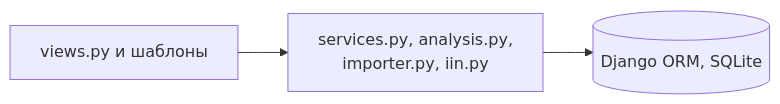
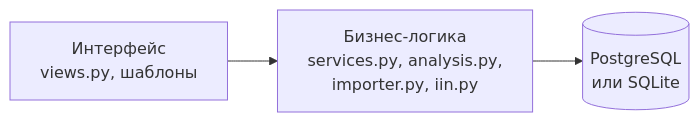
One commit to murwqq/adal changed the diagram in README.md. Above: the diagram before and after it, drawn with Mermaid. The commit also changed other lines of this file and 16 other files, not shown here.

````diff
--- a/README.md
+++ b/README.md
@@ -136,5 +176,5 @@
 ```mermaid
 flowchart LR
-  UI["views.py и шаблоны"] --> BL["services.py, analysis.py,<br/>importer.py, iin.py"]
-  BL --> DB[("Django ORM, SQLite")]
+  UI["Интерфейс<br/>views.py, шаблоны"] --> BL["Бизнес-логика<br/>services.py, analysis.py,<br/>importer.py, iin.py"]
+  BL --> DB[("PostgreSQL<br/>или SQLite")]
 ```
````
